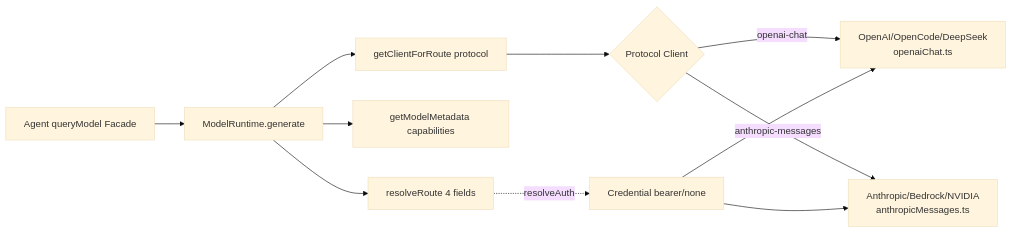
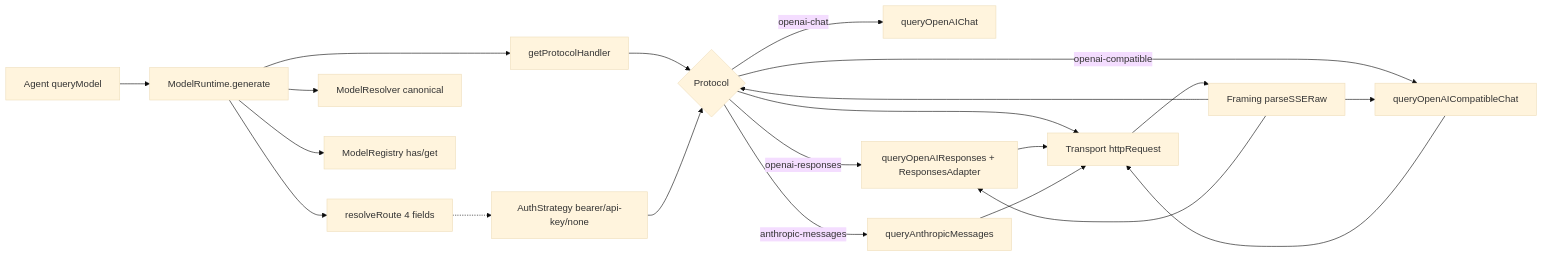
The fifth of 5 diagrams in docs/architecture/provider-auth.md (bhaochen/codev), drawn with Mermaid (base theme) before and after one commit. The commit also changed other lines of this file and 4 other files, not shown here.

First line of the commit message:
docs: update architecture and interview guides for Phase 1-12

````diff
--- a/docs/architecture/provider-auth.md
+++ b/docs/architecture/provider-auth.md
@@ -524,12 +524,18 @@
 ```mermaid
 flowchart LR
-    A[Agent queryModel Facade] --> B[ModelRuntime.generate]
+    A[Agent queryModel] --> B[ModelRuntime.generate]
     B --> C[resolveRoute 4 fields]
-    B --> D[getModelMetadata capabilities]
-    B --> E[getClientForRoute protocol]
-    E --> F{Protocol Client}
-    F -->|openai-chat| G[OpenAI/OpenCode/DeepSeek\nopenaiChat.ts]
-    F -->|anthropic-messages| H[Anthropic/Bedrock/NVIDIA\nanthropicMessages.ts]
-    C -.->|resolveAuth| I[Credential bearer/none]
-    I --> G & H
+    B --> D[ModelResolver canonical]
+    B --> E[ModelRegistry has/get]
+    B --> F[getProtocolHandler]
+    F --> G{Protocol}
+    G -->|openai-chat| H[queryOpenAIChat]
+    G -->|openai-responses| I[queryOpenAIResponses + ResponsesAdapter]
+    G -->|openai-compatible| J[queryOpenAICompatibleChat]
+    G -->|anthropic-messages| K[queryAnthropicMessages]
+    C -.-> L[AuthStrategy bearer/api-key/none]
+    L --> G
+    G & I & J & K --> M[Transport httpRequest]
+    M --> N[Framing parseSSERaw]
+    N --> G & I & J
 ```
````
